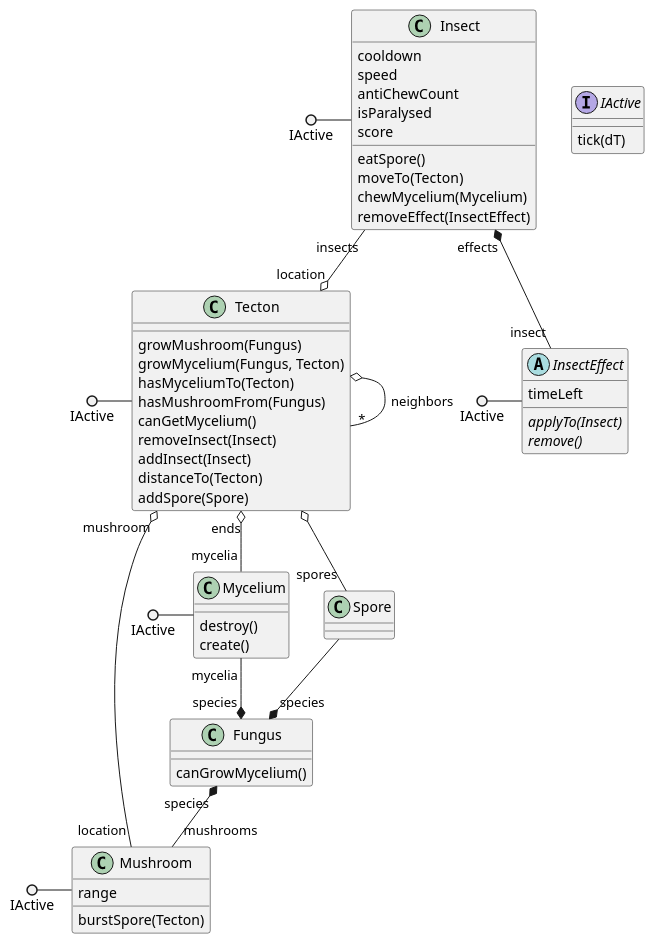
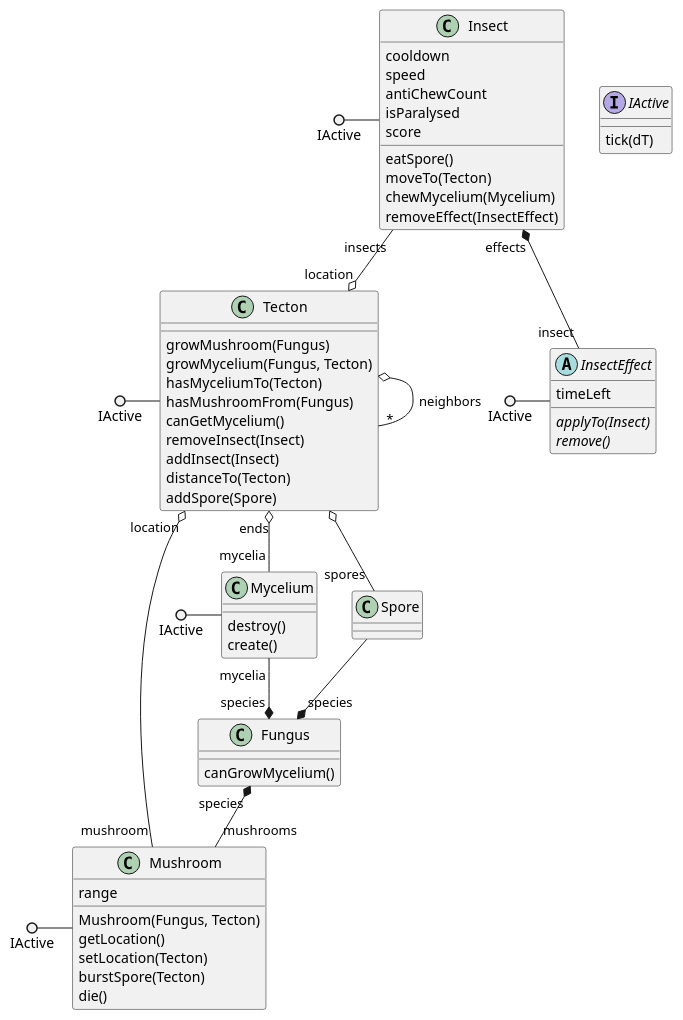
One commit to ZD4ve/projlab-error521 changed the diagram in classes.pu. Above: the diagram before and after it, drawn with PlantUML.

Commit message:
Modified mushroom class diagram

```diff
--- a/classes.pu
+++ b/classes.pu
@@ -1,65 +1,69 @@
 @startuml classes
 interface IActive {
     tick(dT)
 }
 class Tecton {
     growMushroom(Fungus)
     growMycelium(Fungus, Tecton)
     hasMyceliumTo(Tecton)
     hasMushroomFrom(Fungus)
     canGetMycelium()
     removeInsect(Insect)
     addInsect(Insect)
     distanceTo(Tecton)
     addSpore(Spore)
 }
 class Fungus {
     canGrowMycelium()
 }
 class Mycelium {
     destroy()
     create()
 }
 class Mushroom {
+    range
+    Mushroom(Fungus, Tecton)
+    getLocation()
+    setLocation(Tecton)
     burstSpore(Tecton)
-    range
+    die()
 }
 class Spore
 class Insect {
     cooldown
     speed
     antiChewCount
     isParalysed
     score
     eatSpore()
     moveTo(Tecton)
     chewMycelium(Mycelium)
     removeEffect(InsectEffect)
 }
 abstract InsectEffect {
     timeLeft
     {abstract} applyTo(Insect)
     {abstract} remove()
 }
 
 IActive ()- Tecton
 IActive ()- Mushroom
 IActive ()- Mycelium
 IActive ()- Insect
 IActive ()- InsectEffect
 
 Tecton o-- "*" Tecton : neighbors
 Tecton "ends" o-- "mycelia" Mycelium
 Tecton o-- "spores" Spore
-Tecton "mushroom" o-- "location" Mushroom
+Tecton "location" o-- "mushroom" Mushroom
 
 Mycelium "mycelia" --* "species" Fungus
 
 Insect "effects" *-- "insect" InsectEffect
 Insect "insects" --o "location" Tecton
 
 Fungus "species" *-- "mushrooms" Mushroom
 
 Spore --* "species" Fungus
 
 @enduml
```
